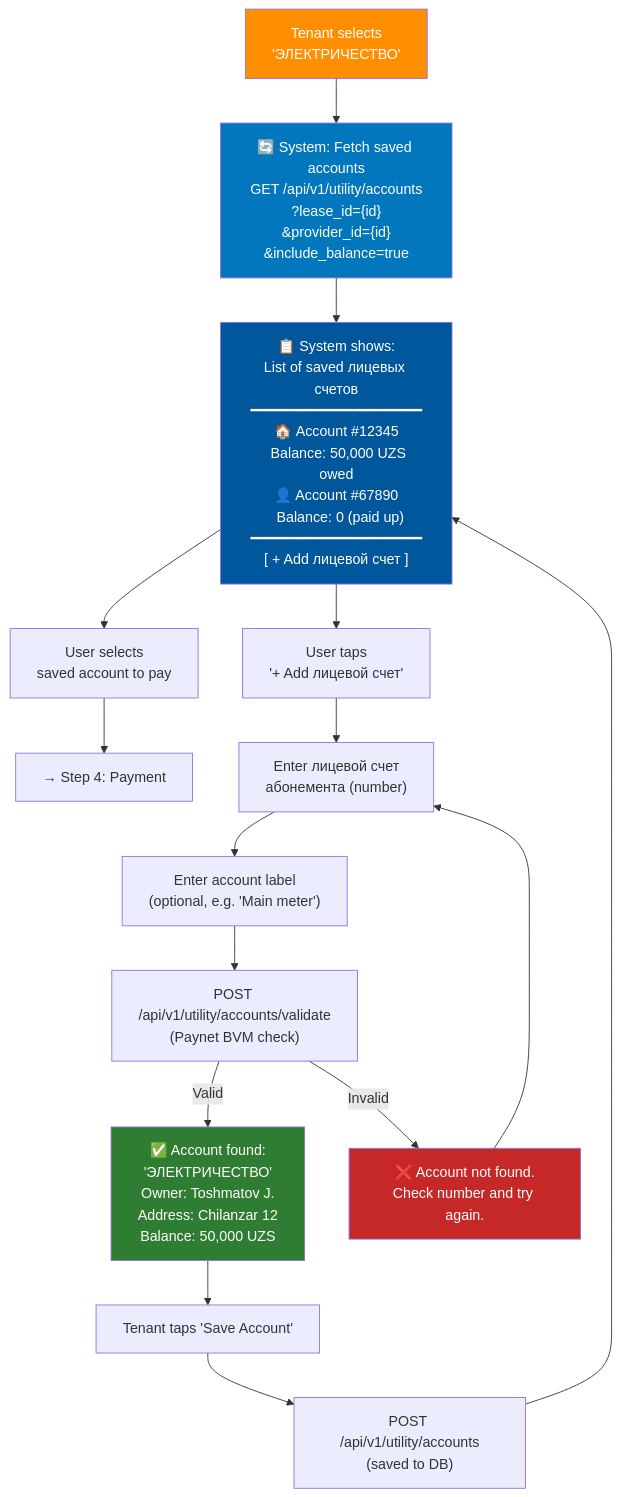
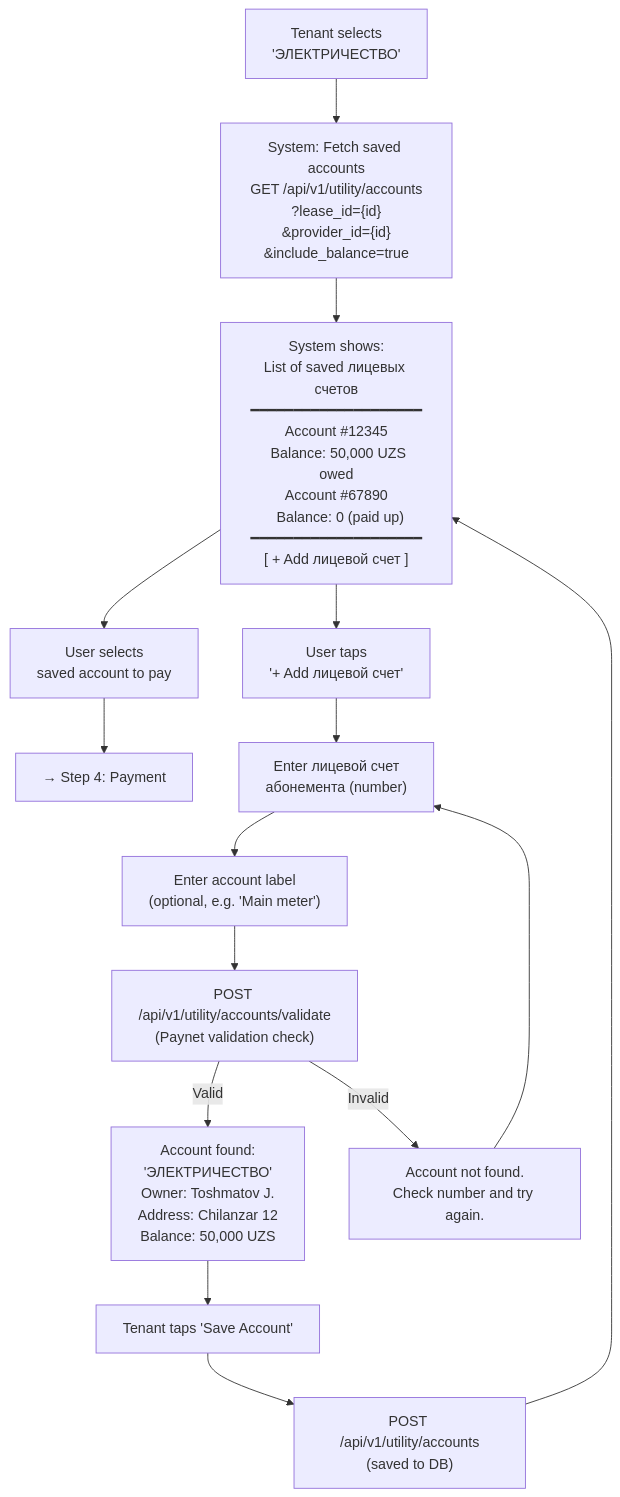
Before and after one commit to saodatm-dev/Utilities---Informational-Architecture: the fourth of 14 diagrams in utilities-payment-userflow.md, drawn with Mermaid. The commit also changed other lines of this file and 12 other files, not shown here.

Commit message:
docs: Remove outdated informational architecture documents, update payment userflow, and add new images.

````diff
--- a/utilities-payment-userflow.md
+++ b/utilities-payment-userflow.md
@@ -139,29 +124,24 @@
 ```mermaid
 flowchart TD
-    PROV["Tenant selects<br/>'ЭЛЕКТРИЧЕСТВО'"] --> FETCH["🔄 System: Fetch saved accounts<br/>GET /api/v1/utility/accounts<br/>?lease_id={id}<br/>&provider_id={id}<br/>&include_balance=true"]
+    PROV["Tenant selects<br/>'ЭЛЕКТРИЧЕСТВО'"] --> FETCH["System: Fetch saved accounts<br/>GET /api/v1/utility/accounts<br/>?lease_id={id}<br/>&provider_id={id}<br/>&include_balance=true"]
 
-    FETCH --> LIST_SCREEN["📋 System shows:<br/>List of saved лицевых счетов<br/>━━━━━━━━━━━━━━━━━━━━<br/>🏠 Account #12345<br/>  Balance: 50,000 UZS owed<br/>👤 Account #67890<br/>  Balance: 0 (paid up)<br/>━━━━━━━━━━━━━━━━━━━━<br/>[ + Add лицевой счет ]"]
+    FETCH --> LIST_SCREEN["System shows:<br/>List of saved лицевых счетов<br/>━━━━━━━━━━━━━━━━━━━━<br/>Account #12345<br/>  Balance: 50,000 UZS owed<br/>Account #67890<br/>  Balance: 0 (paid up)<br/>━━━━━━━━━━━━━━━━━━━━<br/>[ + Add лицевой счет ]"]
 
     LIST_SCREEN --> SELECT_ACC["User selects<br/>saved account to pay"]
     LIST_SCREEN --> ADD_FLOW["User taps<br/>'+ Add лицевой счет'"]
 
     SELECT_ACC --> NEXT["→ Step 4: Payment"]
 
     ADD_FLOW --> INPUT["Enter лицевой счет<br/>абонемента (number)"]
     INPUT --> LABEL["Enter account label<br/>(optional, e.g. 'Main meter')"]
-    LABEL --> BVM["POST /api/v1/utility/accounts/validate<br/>(Paynet BVM check)"]
+    LABEL --> VALIDATE["POST /api/v1/utility/accounts/validate<br/>(Paynet validation check)"]
 
-    BVM -->|"Valid"| FOUND["✅ Account found:<br/>'ЭЛЕКТРИЧЕСТВО'<br/>Owner: Toshmatov J.<br/>Address: Chilanzar 12<br/>Balance: 50,000 UZS"]
-    BVM -->|"Invalid"| NOTFOUND["❌ Account not found.<br/>Check number and try again."]
+    VALIDATE -->|"Valid"| FOUND["Account found:<br/>'ЭЛЕКТРИЧЕСТВО'<br/>Owner: Toshmatov J.<br/>Address: Chilanzar 12<br/>Balance: 50,000 UZS"]
+    VALIDATE -->|"Invalid"| NOTFOUND["Account not found.<br/>Check number and try again."]
     NOTFOUND --> INPUT
 
     FOUND --> SAVE_BTN["Tenant taps 'Save Account'"]
     SAVE_BTN --> SAVED["POST /api/v1/utility/accounts<br/>(saved to DB)"]
     SAVED --> LIST_SCREEN
 
-    style PROV fill:#FF8F00,color:#fff
-    style FETCH fill:#0277BD,color:#fff
-    style LIST_SCREEN fill:#01579B,color:#fff
-    style FOUND fill:#2E7D32,color:#fff
-    style NOTFOUND fill:#C62828,color:#fff
 ```
````
